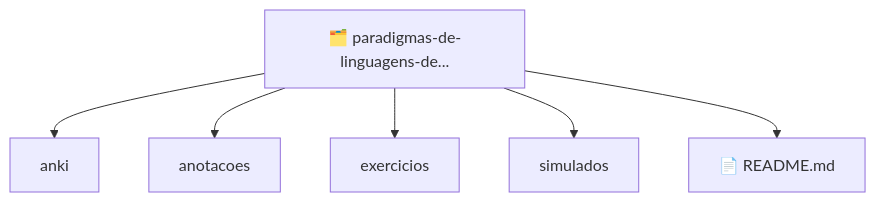
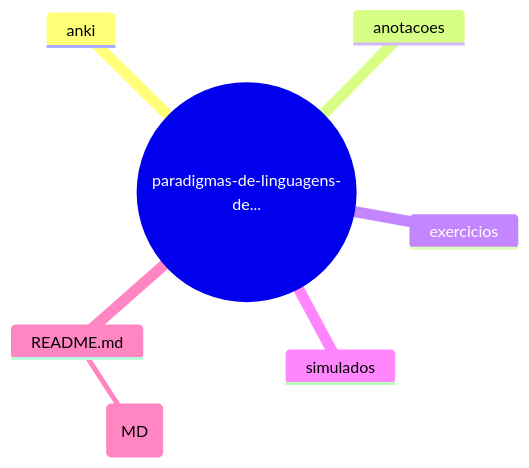
The diagram in 2025-2-Semestre/paradigmas-de-linguagens-de-programacao-em-python/MAPA_MENTAL.md (jean-nathan/jornada-eng-software), drawn with Mermaid before and after one commit. The commit also changed other lines of this file and 6 other files, not shown here.

Commit message:
003 - Fix GitHub Mermaid mindmap rendering with flowchart syntax v2

````diff
--- a/2025-2-Semestre/paradigmas-de-linguagens-de-programacao-em-python/MAPA_MENTAL.md
+++ b/2025-2-Semestre/paradigmas-de-linguagens-de-programacao-em-python/MAPA_MENTAL.md
@@ -7,14 +7,10 @@
 ```mermaid
-flowchart TD
-  root[🗂️ paradigmas-de-linguagens-de...]
-  root_anki_0[anki]
-  root_anotacoes_1[anotacoes]
-  root_exercicios_2[exercicios]
-  root_simulados_3[simulados]
-  root_README.md_4[📄 README.md]
-  root --> root_anki_0
-  root --> root_anotacoes_1
-  root --> root_exercicios_2
-  root --> root_simulados_3
-  root --> root_README.md_4
+mindmap
+  root((paradigmas-de-linguagens-de...))
+    anki
+    anotacoes
+    exercicios
+    simulados
+    README.md
+      (MD)
 ```
````
